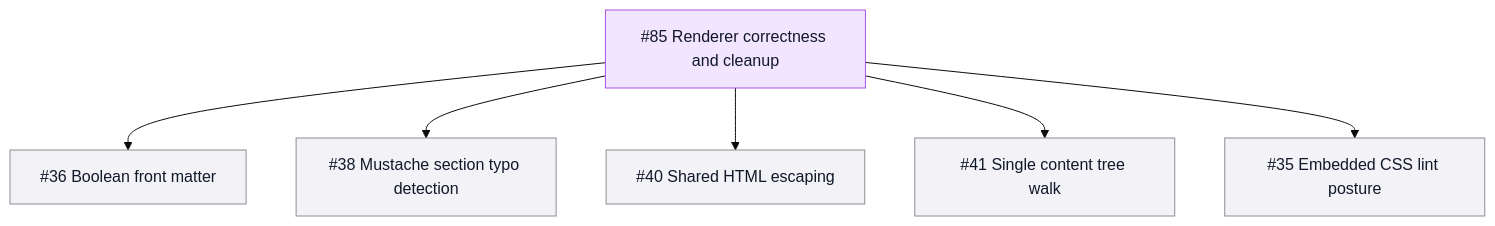
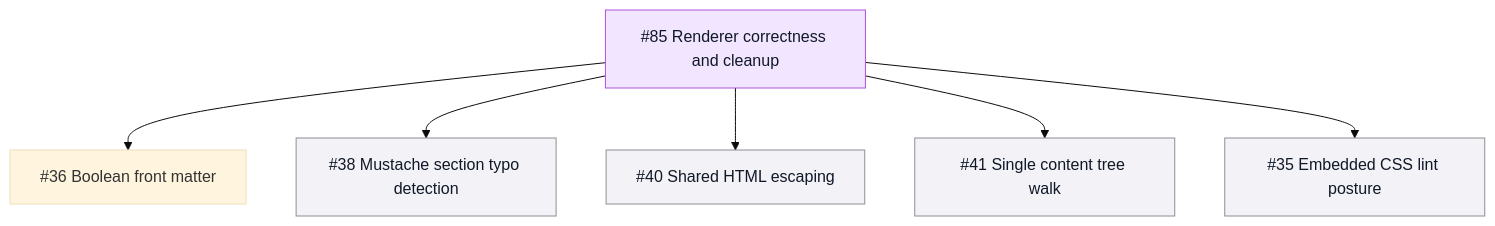
One commit to TileDown/tile-down changed the eighth of 9 diagrams in README.md. Above: the diagram before and after it, drawn with Mermaid (base theme). The commit also changed 7 other files, not shown here.

````diff
--- a/README.md
+++ b/README.md
@@ -172,12 +172,12 @@
 ```mermaid
 flowchart TD
   Epic["#85 Renderer correctness and cleanup"]:::epic
-  Epic --> BooleanFM["#36 Boolean front matter"]:::todo
+  Epic --> BooleanFM["#36 Boolean front matter"]:::done
   Epic --> Mustache["#38 Mustache section typo detection"]:::todo
   Epic --> Escaping["#40 Shared HTML escaping"]:::todo
   Epic --> ContentWalk["#41 Single content tree walk"]:::todo
   Epic --> CSSLint["#35 Embedded CSS lint posture"]:::todo
 
   classDef epic fill:#f2e5ff,stroke:#af52de,color:#111827
   classDef todo fill:#f2f2f7,stroke:#8e8e93,color:#111827
 ```
````
